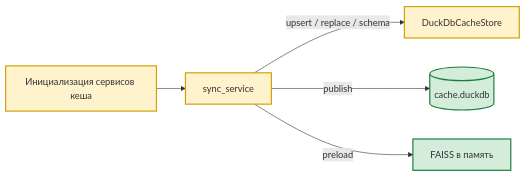
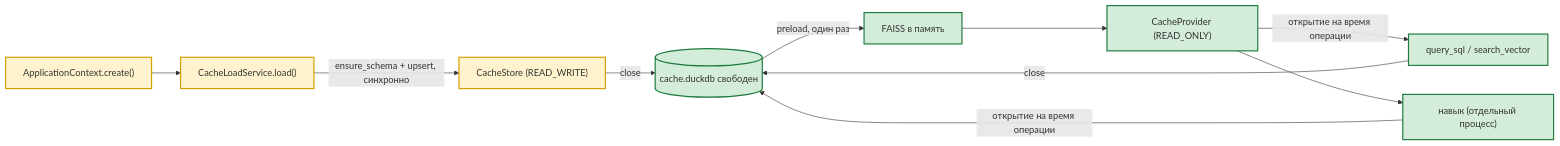
Before and after one commit to AlexEgorov85/workspaces_nanobot: the diagram in docs/DATABASE.md, drawn with Mermaid. The commit also changed other lines of this file and 13 other files, not shown here.

````diff
--- a/docs/DATABASE.md
+++ b/docs/DATABASE.md
@@ -221,11 +249,16 @@
 ```mermaid
 flowchart LR
-    BUILD["Инициализация сервисов кеша"] --> SYNC["sync_service"]
-    SYNC -->|upsert / replace / schema| STORE["DuckDbCacheStore"]
-    SYNC -->|publish| DUCK[("cache.duckdb")]
-    SYNC -->|preload| FAISS["FAISS в память"]
+    CREATE["ApplicationContext.create()"] --> LOAD["CacheLoadService.load()"]
+    LOAD -->|ensure_schema + upsert, синхронно| RW["CacheStore (READ_WRITE)"]
+    RW -->|close| FREE[("cache.duckdb свободен")]
+    FREE -->|preload, один раз| FAISS["FAISS в память"]
+    FAISS --> PROV["CacheProvider (READ_ONLY)"]
+    PROV -->|открытие на время операции| QUERY["query_sql / search_vector"]
+    QUERY -->|close| FREE
+    PROV --> SKILL["навык (отдельный процесс)"]
+    SKILL -->|открытие на время операции| FREE
     classDef core fill:#fff3cd,stroke:#d39e00,stroke-width:2px
     classDef infra fill:#d4edda,stroke:#1b7a3d,stroke-width:2px
-    class BUILD,SYNC,STORE core
-    class DUCK,FAISS infra
+    class CREATE,LOAD,RW core
+    class FREE,FAISS,PROV,QUERY,SKILL infra
 ```
````
